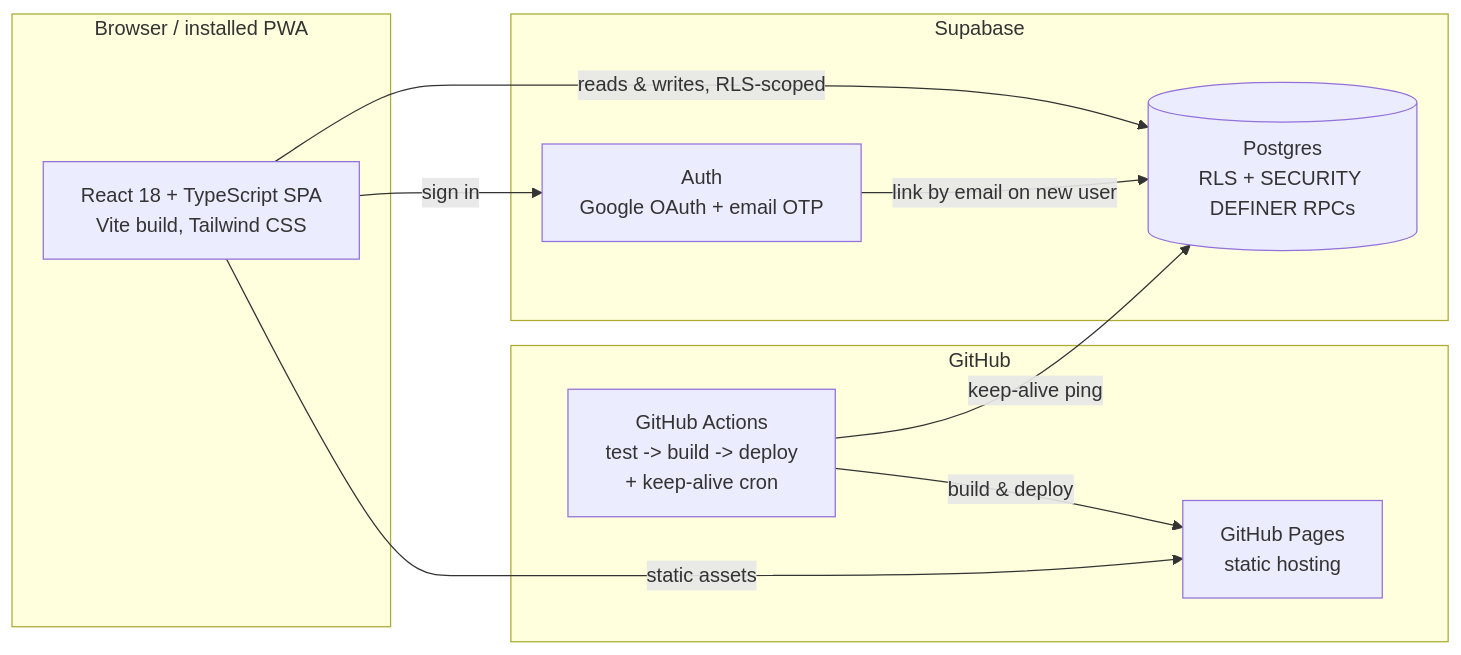
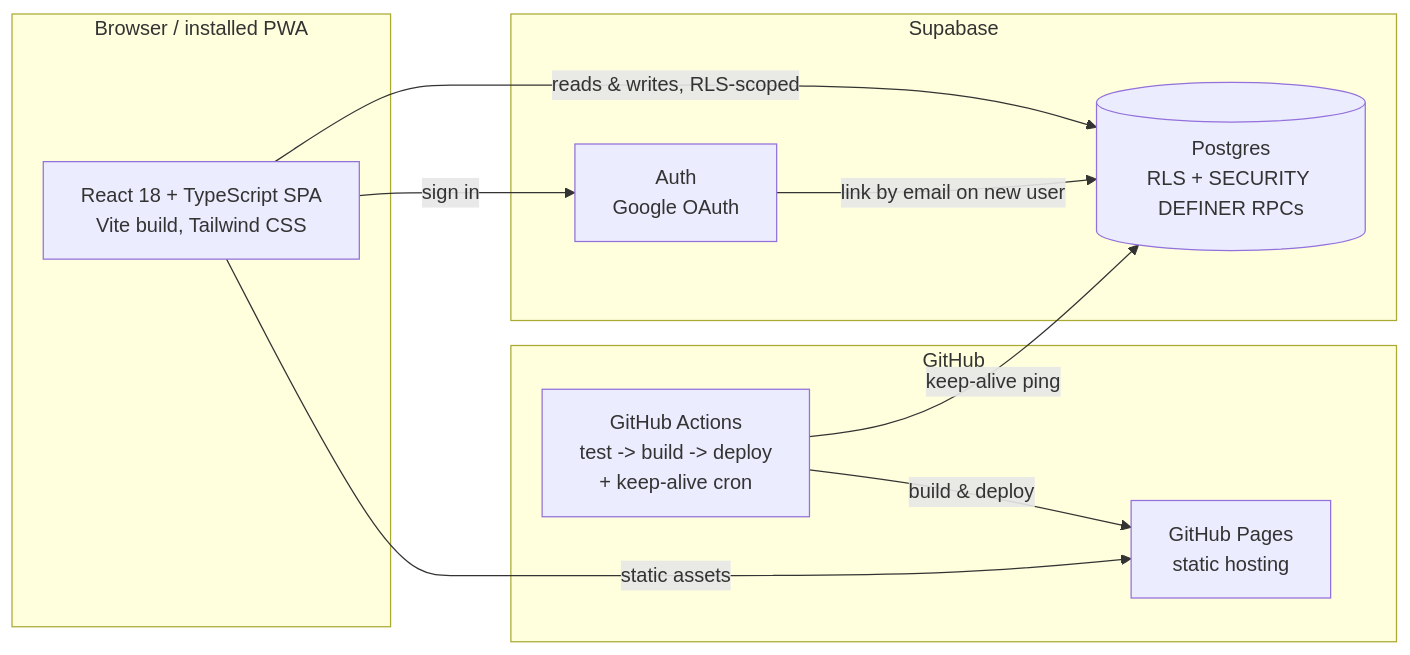
Before and after one commit to sukeshatla/chipsplit: the second of 2 diagrams in docs/DESIGN.md, drawn with Mermaid. The commit also changed other lines of this file and 3 other files, not shown here.

````diff
--- a/docs/DESIGN.md
+++ b/docs/DESIGN.md
@@ -282,26 +281,26 @@
 ```mermaid
 flowchart LR
     subgraph Client["Browser / installed PWA"]
         SPA["React 18 + TypeScript SPA
 Vite build, Tailwind CSS"]
     end
     subgraph GH["GitHub"]
         Pages["GitHub Pages
 static hosting"]
         Actions["GitHub Actions
 test -> build -> deploy
 + keep-alive cron"]
     end
     subgraph SB["Supabase"]
         Auth["Auth
-Google OAuth + email OTP"]
+Google OAuth"]
         DB[("Postgres
 RLS + SECURITY DEFINER RPCs")]
     end
     SPA -- static assets --> Pages
     Actions -- build & deploy --> Pages
     Actions -- keep-alive ping --> DB
     SPA -- sign in --> Auth
     Auth -- link by email on new user --> DB
     SPA -- reads & writes, RLS-scoped --> DB
 ```
````
